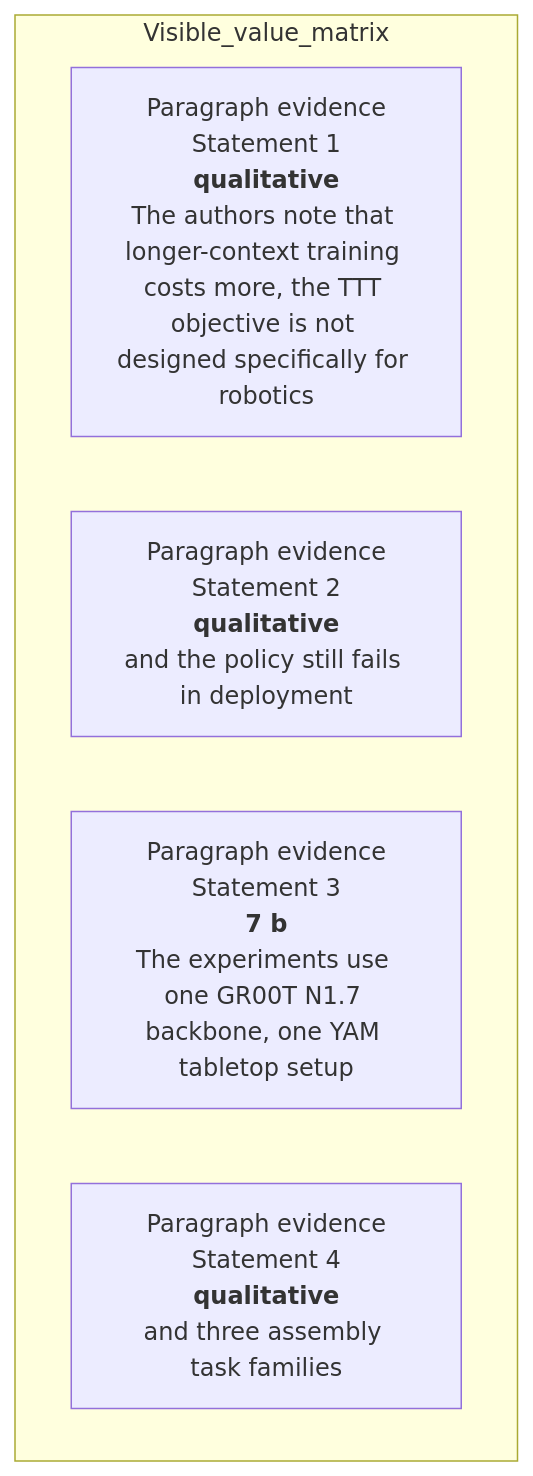
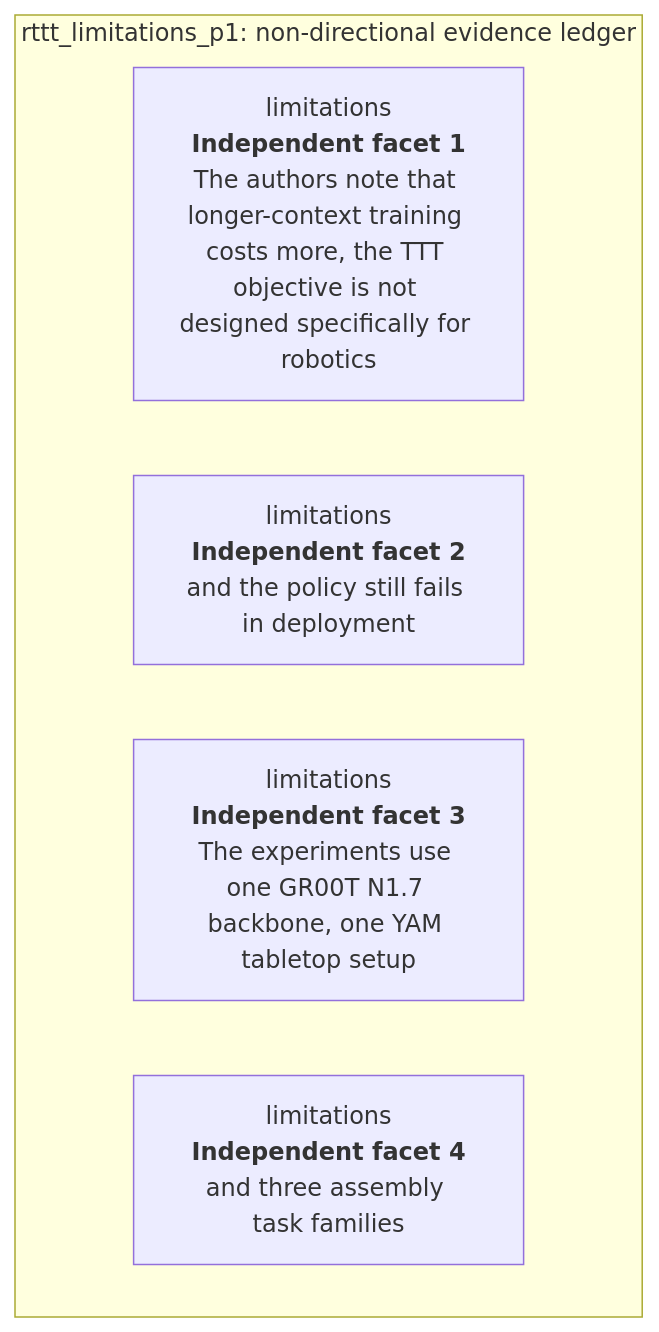
Before and after one commit to Betancourt1/paper_atlas: diagram 38 of 48 in docs/visual-manifests/VISUAL_MANIFEST_ROBOTT.md, drawn with Mermaid. The commit also changed other lines of this file and 7 other files, not shown here.

````diff
--- a/docs/visual-manifests/VISUAL_MANIFEST_ROBOTT.md
+++ b/docs/visual-manifests/VISUAL_MANIFEST_ROBOTT.md
@@ -3220,9 +3219,9 @@
 ```mermaid
 flowchart TB
-  subgraph Visible_value_matrix
-    r1["Paragraph evidence<br/>Statement 1<br/><b>qualitative</b><br/>The authors note that longer-context training costs more, the TTT objective is not designed specifically for robotics"]
-    r2["Paragraph evidence<br/>Statement 2<br/><b>qualitative</b><br/>and the policy still fails in deployment"]
-    r3["Paragraph evidence<br/>Statement 3<br/><b>7 b</b><br/>The experiments use one GR00T N1.7 backbone, one YAM tabletop setup"]
-    r4["Paragraph evidence<br/>Statement 4<br/><b>qualitative</b><br/>and three assembly task families"]
+  subgraph Ledger["rttt_limitations_p1: non-directional evidence ledger"]
+    r1["limitations<br/><b>Independent facet 1</b><br/>The authors note that longer-context training costs more, the TTT objective is not designed specifically for robotics"]
+    r2["limitations<br/><b>Independent facet 2</b><br/>and the policy still fails in deployment"]
+    r3["limitations<br/><b>Independent facet 3</b><br/>The experiments use one GR00T N1.7 backbone, one YAM tabletop setup"]
+    r4["limitations<br/><b>Independent facet 4</b><br/>and three assembly task families"]
   end
 ```
````
